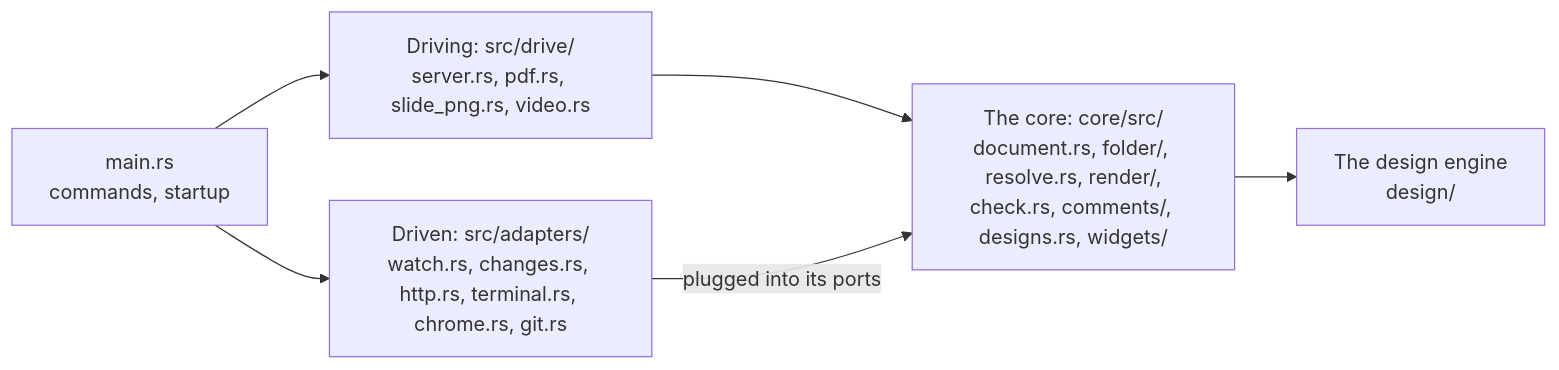
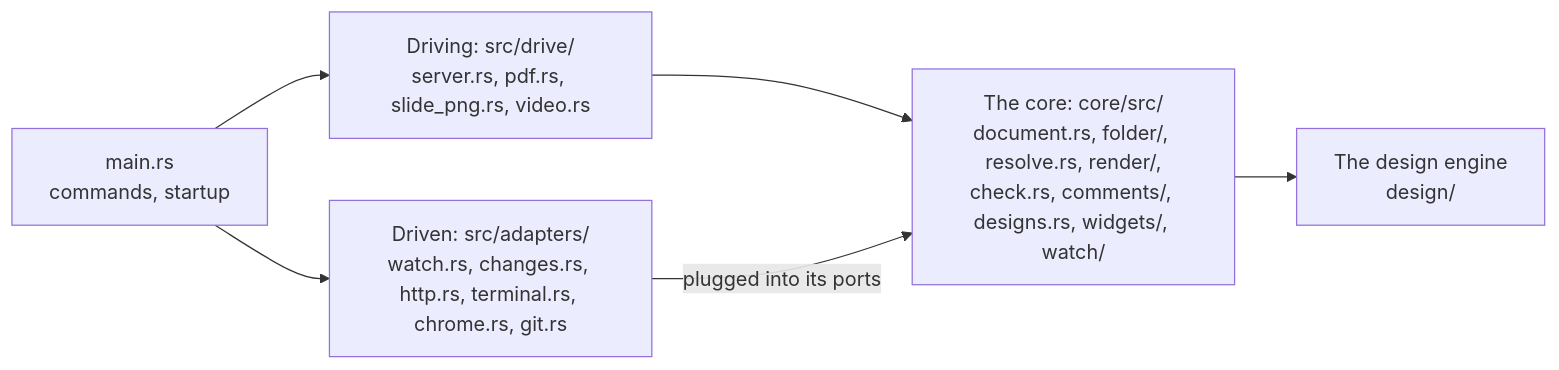
Before and after one commit to andrei512/devpage: the diagram in docs/boxes/engineering/code-map/README.md, drawn with Mermaid. The commit also changed other lines of this file and 8 other files, not shown here.

First line of the commit message:
watch: local mode's response to saved files in one core function

````diff
--- a/docs/boxes/engineering/code-map/README.md
+++ b/docs/boxes/engineering/code-map/README.md
@@ -26,13 +26,13 @@
 ```mermaid
 flowchart LR
   main["main.rs<br/>commands, startup"] --> drive["Driving: src/drive/<br/>server.rs, pdf.rs, slide_png.rs, video.rs"]
   main --> adapters["Driven: src/adapters/<br/>watch.rs, changes.rs, http.rs, terminal.rs, chrome.rs, git.rs"]
-  drive --> core["The core: core/src/<br/>document.rs, folder/, resolve.rs, render/,<br/>check.rs, comments/, designs.rs, widgets/"]
+  drive --> core["The core: core/src/<br/>document.rs, folder/, resolve.rs, render/,<br/>check.rs, comments/, designs.rs, widgets/, watch/"]
   adapters -- "plugged into its ports" --> core
   core --> engine["The design engine<br/>design/"]
   click main href "#how-main-wires-it-together" "How main wires it together"
   click drive href "../../viewer/serving-pages/README.md" "Serving pages"
   click adapters href "../../viewer/live-updates/README.md" "Live updates"
   click core href "../../viewer/rendering-a-page/README.md" "Rendering a page"
   click engine href "../../viewer/design-engine/README.md" "The design engine"
 ```
````
